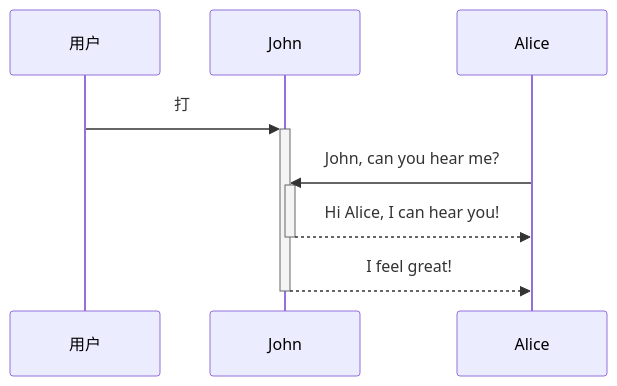
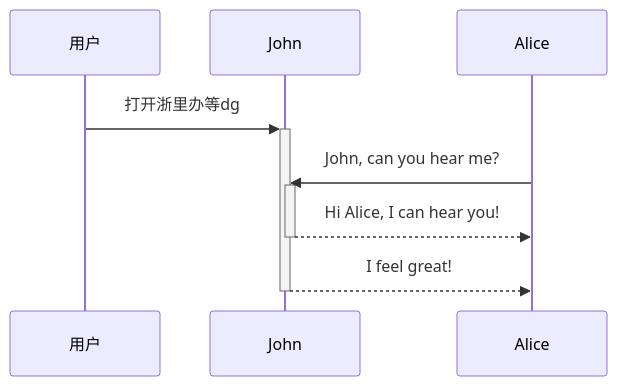
The diagram in all/居民端时序图.md (fifuntop/iodraw-files), drawn with Mermaid before and after one commit.

Commit message:
2024-03-14 14:39:22 update

````diff
--- a/all/居民端时序图.md
+++ b/all/居民端时序图.md
@@ -1,8 +1,8 @@
 ```mermaid
 sequenceDiagram
-    用户->>+John: 打
+    用户->>+John: 打开浙里办等dg
     Alice->>+John: John, can you hear me?
     John-->>-Alice: Hi Alice, I can hear you!
     John-->>-Alice: I feel great!
             
 ```
````
